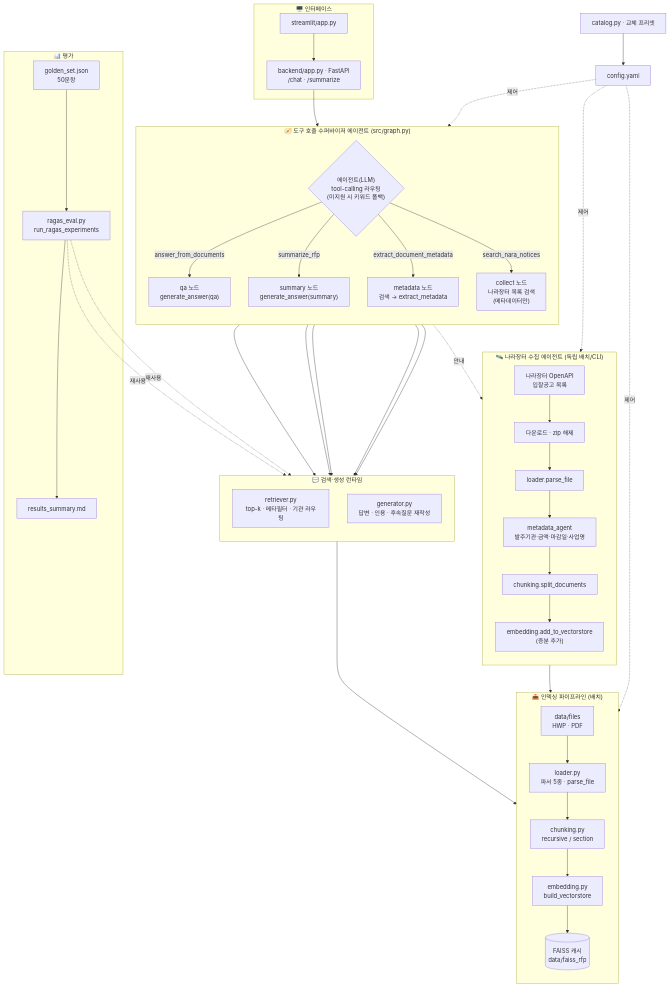
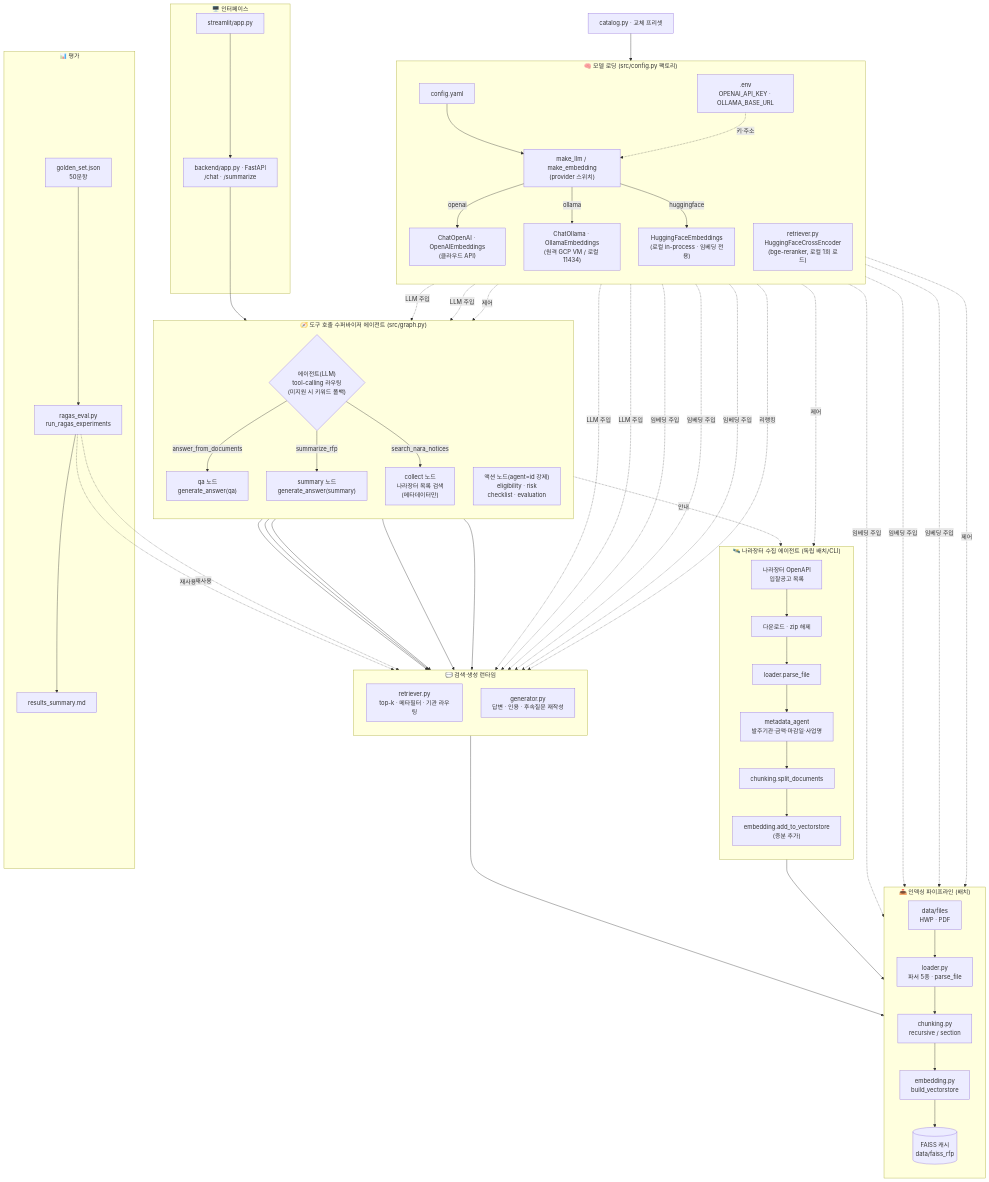
One commit to eunnamahn/bidmate-rfp-rag changed the first of 3 diagrams in ARCHITECTURE.md. Above: the diagram before and after it, drawn with Mermaid. The commit also changed other lines of this file, not shown here.

First line of the commit message:
docs: 아키텍처 최신화 — LLM/임베딩 모델 로딩 경로 + 분석 에이전트 5종 상세

````diff
--- a/ARCHITECTURE.md
+++ b/ARCHITECTURE.md
@@ -8,61 +8,77 @@
 ```mermaid
 flowchart TD
     catalog["catalog.py · 교체 프리셋"] --> cfg["config.yaml"]
+
+    subgraph LLMF["🧠 모델 로딩 (src/config.py 팩토리)"]
+        direction TB
+        cfg --> mk["make_llm / make_embedding<br/>(provider 스위치)"]
+        env[".env<br/>OPENAI_API_KEY · OLLAMA_BASE_URL"] -. 키·주소 .-> mk
+        mk -->|openai| oa["ChatOpenAI · OpenAIEmbeddings<br/>(클라우드 API)"]
+        mk -->|ollama| ol["ChatOllama · OllamaEmbeddings<br/>(원격 GCP VM / 로컬 11434)"]
+        mk -->|huggingface| hf["HuggingFaceEmbeddings<br/>(로컬 in-process · 임베딩 전용)"]
+        rrk["retriever.py<br/>HuggingFaceCrossEncoder<br/>(bge-reranker, 로컬 1회 로드)"]
+    end
 
     subgraph ING["📥 인덱싱 파이프라인 (배치)"]
         direction TB
         files["data/files<br/>HWP · PDF"] --> loader["loader.py<br/>파서 5종 · parse_file"]
         loader --> chunk["chunking.py<br/>recursive / section"]
         chunk --> embed["embedding.py<br/>build_vectorstore"]
         embed --> faiss[("FAISS 캐시<br/>data/faiss_rfp")]
     end
 
     subgraph NARA["🛰️ 나라장터 수집 에이전트 (독립 배치/CLI)"]
         direction TB
         napi["나라장터 OpenAPI<br/>입찰공고 목록"] --> dl["다운로드 · zip 해제"]
         dl --> pf["loader.parse_file"]
         pf --> meta1["metadata_agent<br/>발주기관·금액·마감일·사업명"]
         meta1 --> split2["chunking.split_documents"]
         split2 --> add["embedding.add_to_vectorstore<br/>(증분 추가)"]
     end
 
     subgraph GRAPH["🧭 도구 호출 수퍼바이저 에이전트 (src/graph.py)"]
         direction TB
         cls{"에이전트(LLM)<br/>tool-calling 라우팅<br/>(미지원 시 키워드 폴백)"}
         cls -->|answer_from_documents| qa["qa 노드<br/>generate_answer(qa)"]
         cls -->|summarize_rfp| sm["summary 노드<br/>generate_answer(summary)"]
-        cls -->|extract_document_metadata| md["metadata 노드<br/>검색 → extract_metadata"]
         cls -->|search_nara_notices| col["collect 노드<br/>나라장터 목록 검색<br/>(메타데이터만)"]
+        act["액션 노드(agent=id 강제)<br/>eligibility · risk<br/>checklist · evaluation"]
     end
 
     subgraph RT["💬 검색·생성 런타임"]
         direction TB
         retr["retriever.py<br/>top-k · 메타필터 · 기관 라우팅"]
         gen["generator.py<br/>답변 · 인용 · 후속질문 재작성"]
     end
 
     subgraph IF["🖥️ 인터페이스"]
         ui["streamlit/app.py"] --> backend["backend/app.py · FastAPI<br/>/chat · /summarize"]
     end
 
     subgraph EV["📊 평가"]
         golden["golden_set.json<br/>50문항"] --> ragas["ragas_eval.py<br/>run_ragas_experiments"]
         ragas --> report["results_summary.md"]
     end
 
     backend --> cls
     qa --> retr
     sm --> retr
-    md --> retr
+    act --> retr
     qa --> gen
     sm --> gen
     retr --> faiss
     add --> faiss
     col -. "안내" .-> NARA
+
+    oa & ol -. LLM 주입 .-> GRAPH
+    oa & ol -. LLM 주입 .-> gen
+    oa & ol & hf -. 임베딩 주입 .-> embed
+    oa & ol & hf -. 임베딩 주입 .-> retr
+    rrk -. 리랭킹 .-> retr
 
     cfg -. 제어 .-> ING
     cfg -. 제어 .-> GRAPH
     cfg -. 제어 .-> NARA
     ragas -. 재사용 .-> retr
     ragas -. 재사용 .-> gen
 ```
````
